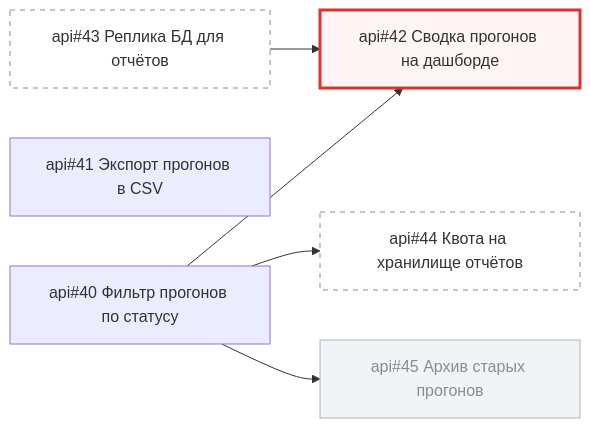
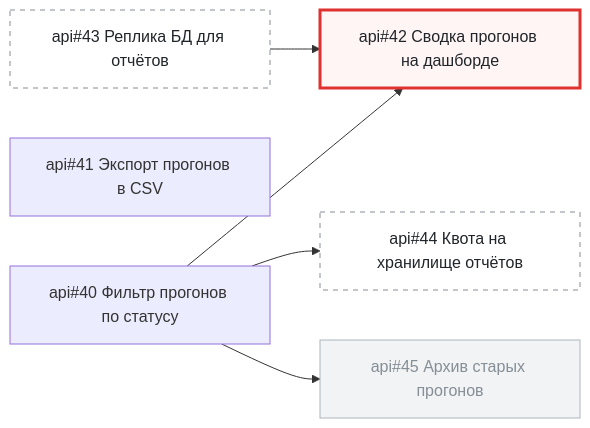
Before and after one commit to larchanka-training/dmc-268-api-t6: the diagram in .agents/skills/issue-graph/tests/golden/pagination.md, drawn with Mermaid. The commit also changed 6 other files, not shown here.

First line of the commit message:
fix(agents): keep issue-graph node text readable in dark theme (#268)

````diff
--- a/.agents/skills/issue-graph/tests/golden/pagination.md
+++ b/.agents/skills/issue-graph/tests/golden/pagination.md
@@ -7,21 +7,21 @@
 ```mermaid
 flowchart LR
   api_40["api#35;40 Фильтр прогонов по статусу"]
   api_41["api#35;41 Экспорт прогонов в CSV"]
   api_42["api#35;42 Сводка прогонов на дашборде"]
   api_43["api#35;43 Реплика БД для отчётов"]
   api_44["api#35;44 Квота на хранилище отчётов"]
   api_45["api#35;45 Архив старых прогонов"]
   api_40 --> api_42
   api_40 --> api_44
   api_40 --> api_45
   api_43 --> api_42
   classDef done fill:#f1f3f5,stroke:#adb5bd,color:#868e96
-  classDef progress fill:#e7f5ff,stroke:#1c7ed6
-  classDef review fill:#fff9db,stroke:#f08c00
-  classDef alarm fill:#fff5f5,stroke:#e03131,stroke-width:3px
-  classDef external fill:#ffffff,stroke:#868e96,stroke-dasharray:5 5
+  classDef progress fill:#e7f5ff,stroke:#1c7ed6,color:#212529
+  classDef review fill:#fff9db,stroke:#f08c00,color:#212529
+  classDef alarm fill:#fff5f5,stroke:#e03131,stroke-width:3px,color:#212529
+  classDef external fill:#ffffff,stroke:#868e96,stroke-dasharray:5 5,color:#212529
   class api_45 done
   class api_42 alarm
   class api_43,api_44 external
 ```
````
